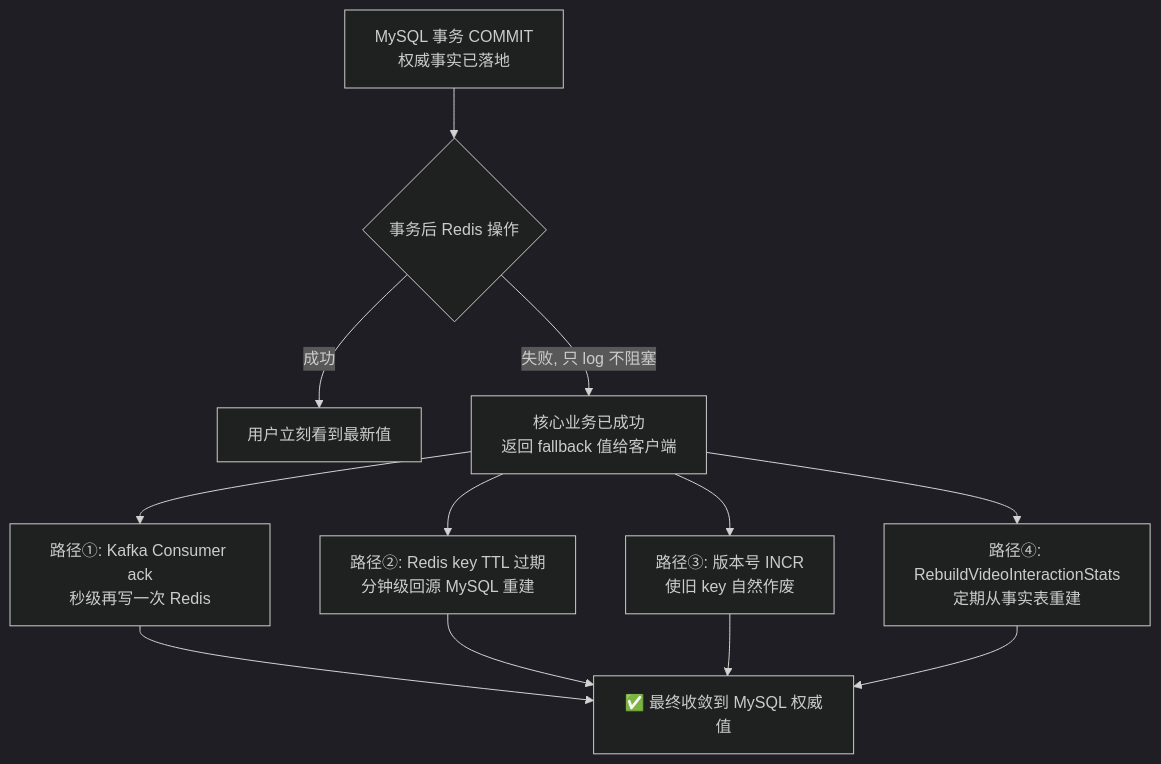
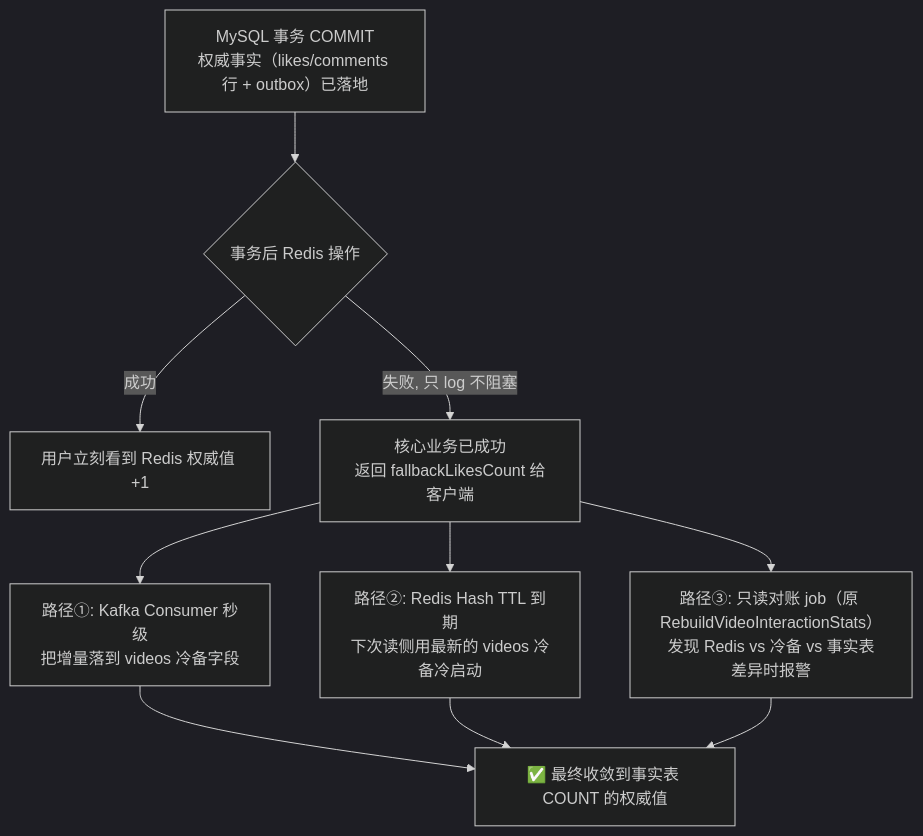
Diagram 23 of 23 in docs/PROJECT_OVERVIEW.md (Redeemz473/feedsystem-zero), drawn with Mermaid (dark theme) before and after one commit. The commit also changed other lines of this file and 16 other files, not shown here.

First line of the commit message:
refactor(interaction): switch video stats to Redis-authoritative Hash (Plan B) and update docs

````diff
--- a/docs/PROJECT_OVERVIEW.md
+++ b/docs/PROJECT_OVERVIEW.md
@@ -3341,11 +3308,10 @@
 ```mermaid
 flowchart TD
-    A[MySQL 事务 COMMIT<br/>权威事实已落地] --> B{事务后 Redis 操作}
-    B -->|成功| C[用户立刻看到最新值]
-    B -->|失败, 只 log 不阻塞| D[核心业务已成功<br/>返回 fallback 值给客户端]
-    D --> E1[路径①: Kafka Consumer ack<br/>秒级再写一次 Redis]
-    D --> E2[路径②: Redis key TTL 过期<br/>分钟级回源 MySQL 重建]
-    D --> E3[路径③: 版本号 INCR<br/>使旧 key 自然作废]
-    D --> E4[路径④: RebuildVideoInteractionStats<br/>定期从事实表重建]
-    E1 & E2 & E3 & E4 --> F[✅ 最终收敛到 MySQL 权威值]
+    A[MySQL 事务 COMMIT<br/>权威事实（likes/comments 行 + outbox）已落地] --> B{事务后 Redis 操作}
+    B -->|成功| C[用户立刻看到 Redis 权威值 +1]
+    B -->|失败, 只 log 不阻塞| D[核心业务已成功<br/>返回 fallbackLikesCount 给客户端]
+    D --> E1[路径①: Kafka Consumer 秒级<br/>把增量落到 videos 冷备字段]
+    D --> E2[路径②: Redis Hash TTL 到期<br/>下次读侧用最新的 videos 冷备冷启动]
+    D --> E3[路径③: 只读对账 job（原 RebuildVideoInteractionStats）<br/>发现 Redis vs 冷备 vs 事实表差异时报警]
+    E1 & E2 & E3 --> F[✅ 最终收敛到事实表 COUNT 的权威值]
 ```
````
